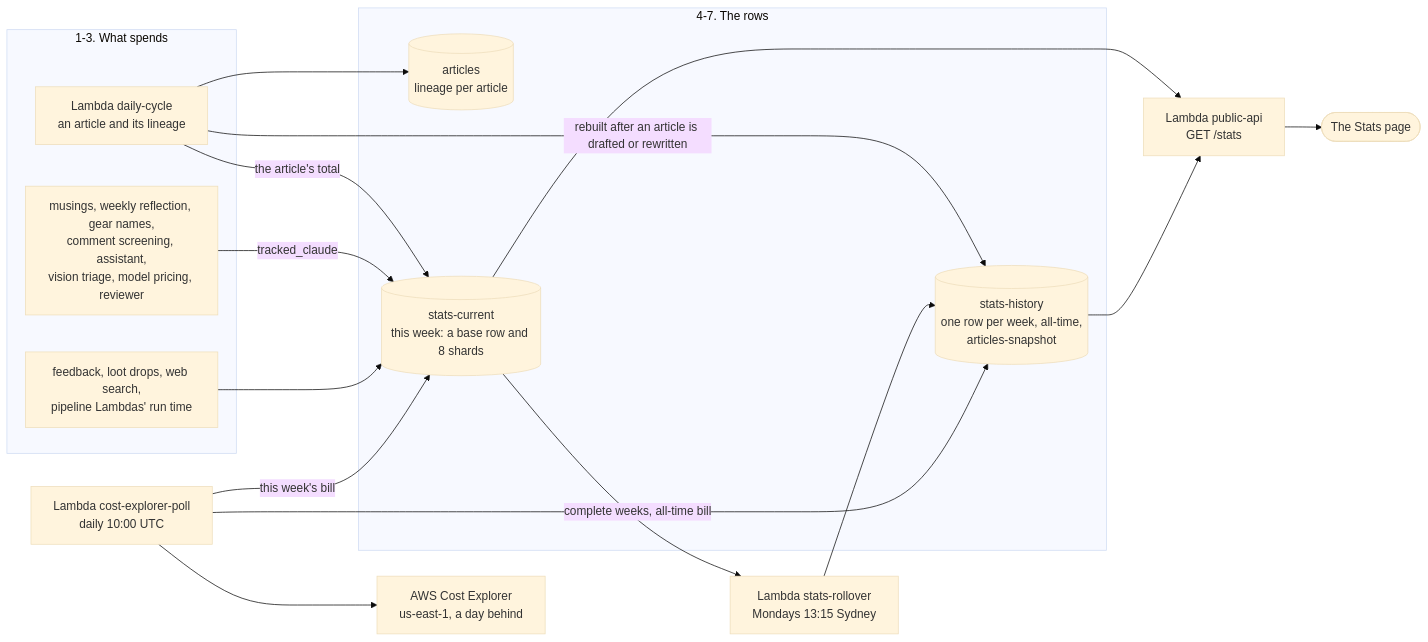
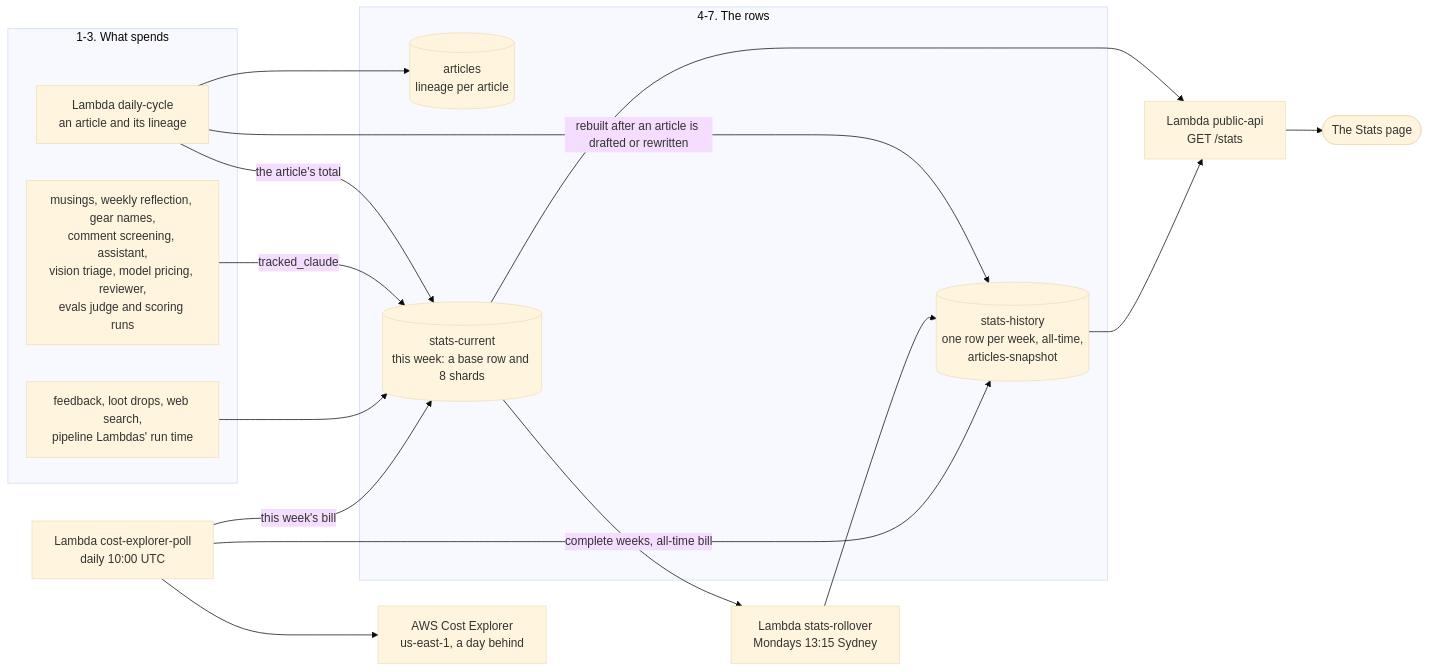
One commit to AllainWoodsford/BloggerBear changed the diagram in docs/architecture/stats-and-costs.md. Above: the diagram before and after it, drawn with Mermaid (base theme). The commit also changed other lines of this file and 117 other files, not shown here.

````diff
--- a/docs/architecture/stats-and-costs.md
+++ b/docs/architecture/stats-and-costs.md
@@ -66,31 +68,31 @@
 ```mermaid
 flowchart LR
     subgraph spend["1-3. What spends"]
         daily["Lambda daily-cycle<br/>an article and its lineage"]
-        others["musings, weekly reflection, gear names,<br/>comment screening, assistant,<br/>vision triage, model pricing, reviewer"]
+        others["musings, weekly reflection, gear names,<br/>comment screening, assistant,<br/>vision triage, model pricing, reviewer,<br/>evals judge and scoring runs"]
         activity["feedback, loot drops, web search,<br/>pipeline Lambdas' run time"]
     end
     subgraph rows["4-7. The rows"]
         arts[("articles<br/>lineage per article")]
         current[("stats-current<br/>this week: a base row and 8 shards")]
         history[("stats-history<br/>one row per week, all-time,<br/>articles-snapshot")]
     end
     rollover["Lambda stats-rollover<br/>Mondays 13:15 Sydney"]
     poll["Lambda cost-explorer-poll<br/>daily 10:00 UTC"]
     ce["AWS Cost Explorer<br/>us-east-1, a day behind"]
     pub["Lambda public-api<br/>GET /stats"]
     page(["The Stats page"])
 
     daily --> arts
     daily -- "the article's total" --> current
     others -- "tracked_claude" --> current
     activity --> current
     daily -- "rebuilt after an article is drafted or rewritten" --> history
     current --> rollover --> history
     poll --> ce
     poll -- "this week's bill" --> current
     poll -- "complete weeks, all-time bill" --> history
     current --> pub
     history --> pub
     pub --> page
 ```
````
